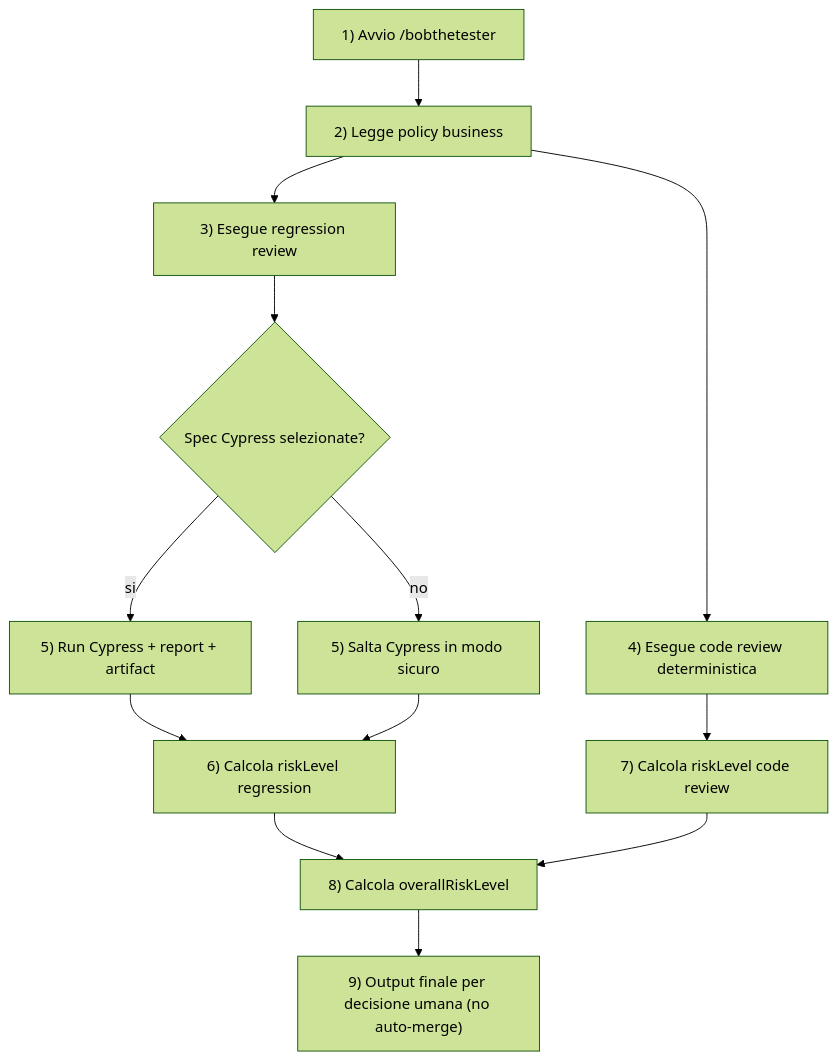
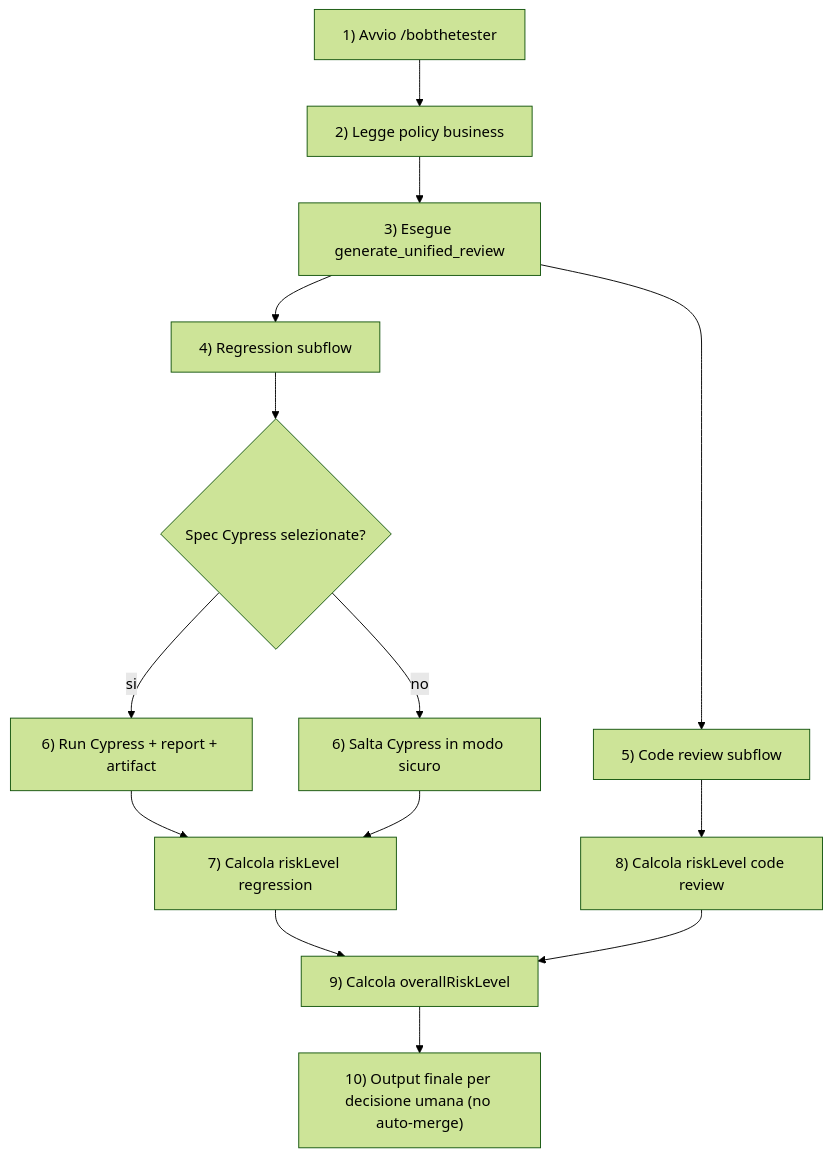
The diagram in README.md (AlbertoSardo/BobTheTester), drawn with Mermaid (forest theme) before and after one commit. The commit also changed other lines of this file and 14 other files, not shown here.

Commit message:
feat: add unified deterministic review contract for bobthetester

````diff
--- a/README.md
+++ b/README.md
@@ -97,17 +98,19 @@
 ```mermaid
 flowchart TD
   A["1) Avvio /bobthetester"] --> B["2) Legge policy business"]
-  B --> C["3) Esegue regression review"]
-  B --> D["4) Esegue code review deterministica"]
+  B --> C["3) Esegue generate_unified_review"]
 
-  C --> E{"Spec Cypress selezionate?"}
-  E -- "si" --> F["5) Run Cypress + report + artifact"]
-  E -- "no" --> G["5) Salta Cypress in modo sicuro"]
-  F --> H["6) Calcola riskLevel regression"]
-  G --> H
+  C --> D["4) Regression subflow"]
+  C --> E["5) Code review subflow"]
 
-  D --> I["7) Calcola riskLevel code review"]
-  H --> J["8) Calcola overallRiskLevel"]
-  I --> J
-  J --> K["9) Output finale per decisione umana (no auto-merge)"]
+  D --> F{"Spec Cypress selezionate?"}
+  F -- "si" --> G["6) Run Cypress + report + artifact"]
+  F -- "no" --> H["6) Salta Cypress in modo sicuro"]
+  G --> I["7) Calcola riskLevel regression"]
+  H --> I
+
+  E --> J["8) Calcola riskLevel code review"]
+  I --> K["9) Calcola overallRiskLevel"]
+  J --> K
+  K --> L["10) Output finale per decisione umana (no auto-merge)"]
 ```
````
